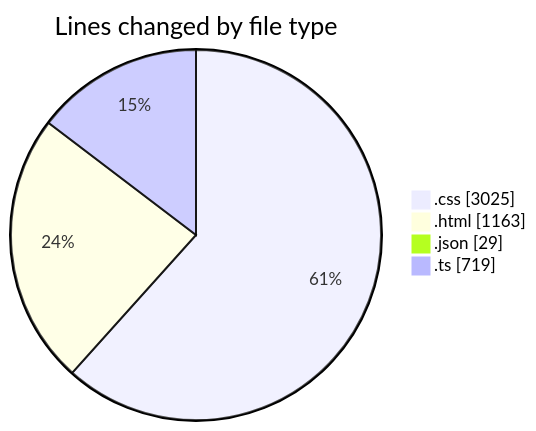
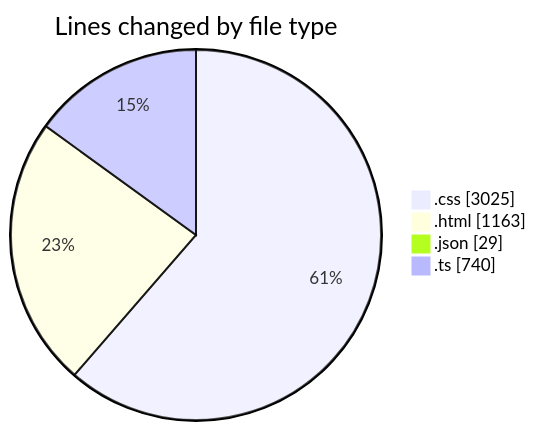
The first of 2 diagrams in 2025-12-30/budget_front_nest/README.md (igalym/code-tracking), drawn with Mermaid before and after one commit. The commit also changed other lines of this file and 1 other file, not shown here.

````diff
--- a/2025-12-30/budget_front_nest/README.md
+++ b/2025-12-30/budget_front_nest/README.md
@@ -33,8 +33,8 @@
 ```mermaid
 pie showData
 title Lines changed by file type
 ".css" : 3025
 ".html" : 1163
 ".json" : 29
-".ts" : 719
+".ts" : 740
 ```
````
